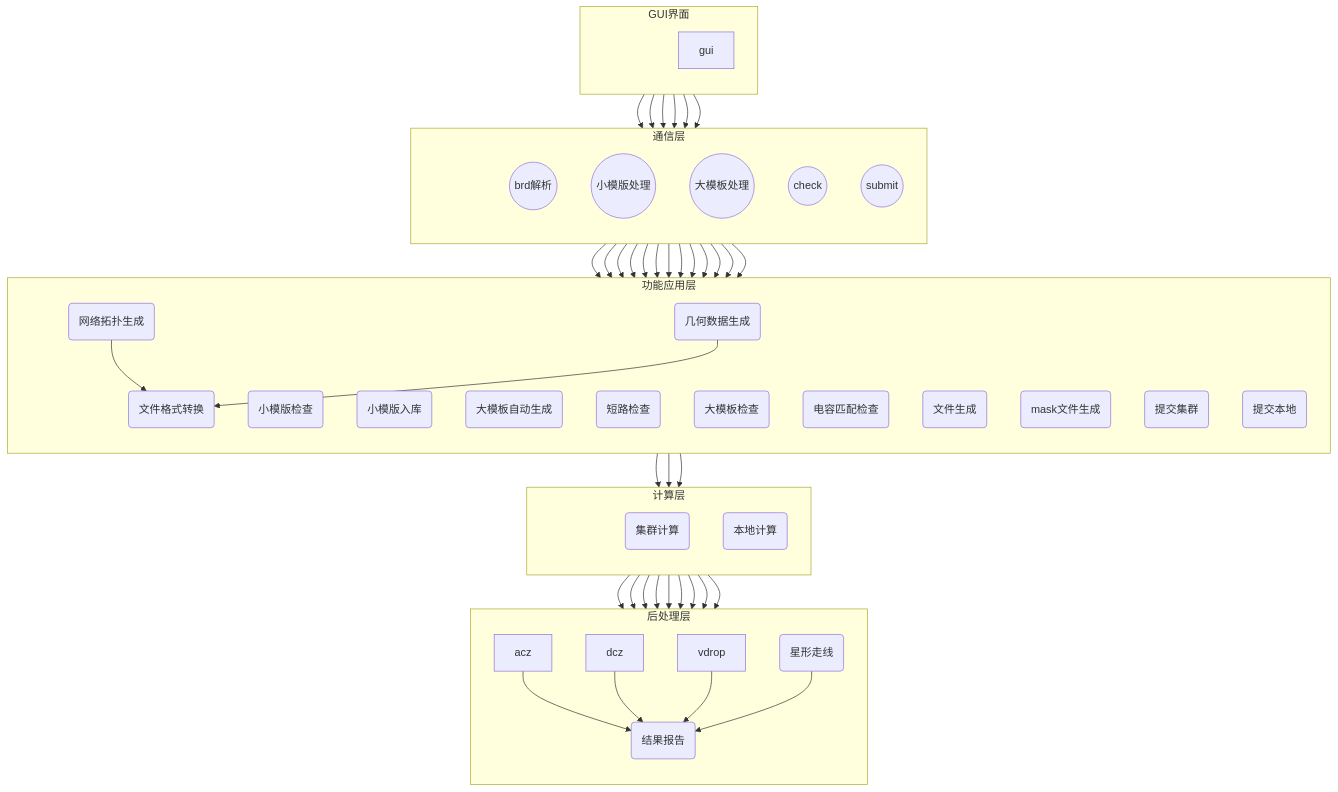
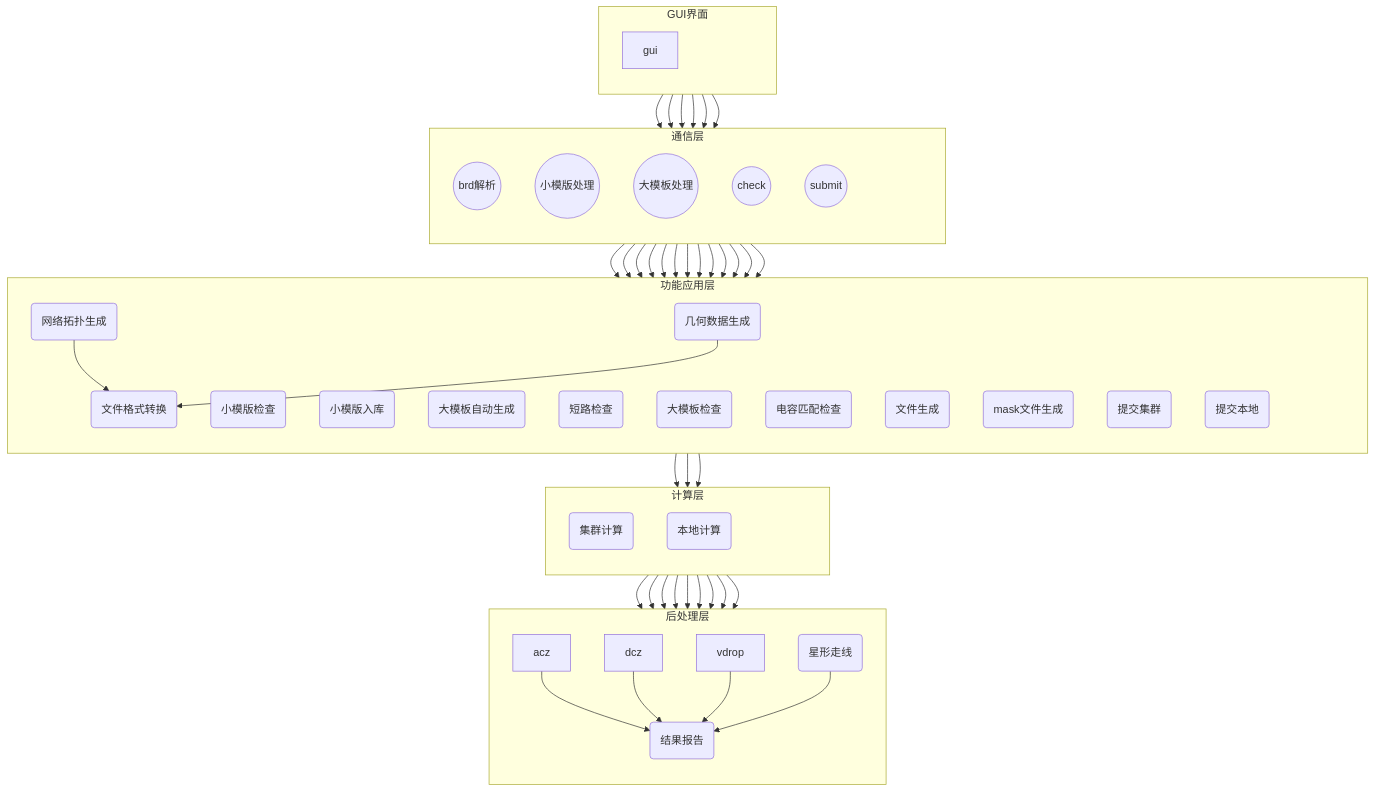
One commit to nyaru477/iodraw-files changed the diagram in all/未命名.md. Above: the diagram before and after it, drawn with Mermaid.

Commit message:
2025-11-23 02:14:07 update

````diff
--- a/all/未命名.md
+++ b/all/未命名.md
@@ -1,13 +1,10 @@
 ```mermaid
 graph TB
-    %% 强制层级顺序（锚点链）
-    gui_anchor --> comm_anchor --> func_anchor --> calc_anchor --> post_anchor
     subgraph "GUI界面"
         direction TB
         gui
         gui_anchor[ ]
     end
-    style gui_anchor fill:transparent,stroke:transparent
     subgraph "通信层"
         direction TB
         brd_parse(("brd解析"))
@@ -17,7 +14,6 @@
         submit(("submit"))
         comm_anchor[ ]
     end
-    style comm_anchor fill:transparent,stroke:transparent
     subgraph "功能应用层"
         direction TB
         network_topo_gen("网络拓扑生成")
@@ -35,14 +31,12 @@
         local_submit("提交本地")
         func_anchor[ ]
     end
-    style func_anchor fill:transparent,stroke:transparent
     subgraph "计算层"
         direction TB
         cluster_calc("集群计算")
         local_calc("本地计算")
         calc_anchor[ ]
     end
-    style calc_anchor fill:transparent,stroke:transparent
     subgraph "后处理层"
         direction TB
         acz
@@ -52,7 +46,17 @@
         result_report("结果报告")
         post_anchor[ ]
     end
+    %% 隐藏锚点样式
+    style gui_anchor fill:transparent,stroke:transparent
+    style comm_anchor fill:transparent,stroke:transparent
+    style func_anchor fill:transparent,stroke:transparent
+    style calc_anchor fill:transparent,stroke:transparent
     style post_anchor fill:transparent,stroke:transparent
+    %% 强制层级从上到下排列（把计算层固定到功能层下面）
+    gui_anchor --> comm_anchor
+    comm_anchor --> func_anchor
+    func_anchor --> calc_anchor
+    calc_anchor --> post_anchor
     gui --> brd_parse
     gui --> small_template
     gui --> big_template
````
